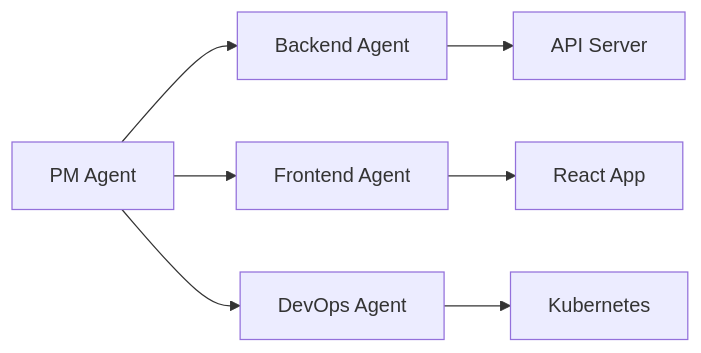
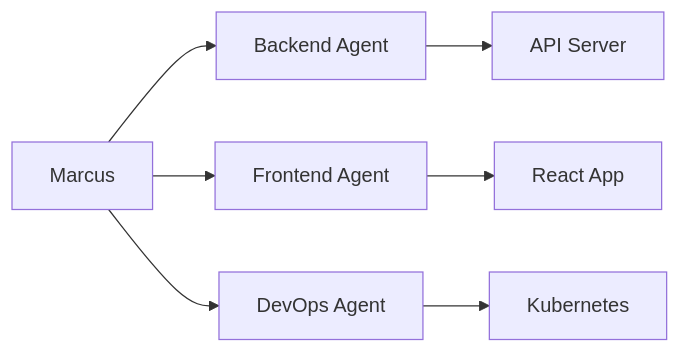
One commit to lwgray/pm-agent changed the diagram in docs/community/SHOWCASE_TEMPLATE.md. Above: the diagram before and after it, drawn with Mermaid. The commit also changed other lines of this file and 54 other files, not shown here.

````diff
--- a/docs/community/SHOWCASE_TEMPLATE.md
+++ b/docs/community/SHOWCASE_TEMPLATE.md
@@ -113,10 +113,10 @@
 ```mermaid
 graph LR
-    A[PM Agent] --> B[Backend Agent]
+    A[Marcus] --> B[Backend Agent]
     A --> C[Frontend Agent]
     A --> D[DevOps Agent]
     
     B --> E[API Server]
     C --> F[React App]
     D --> G[Kubernetes]
 ```
````
